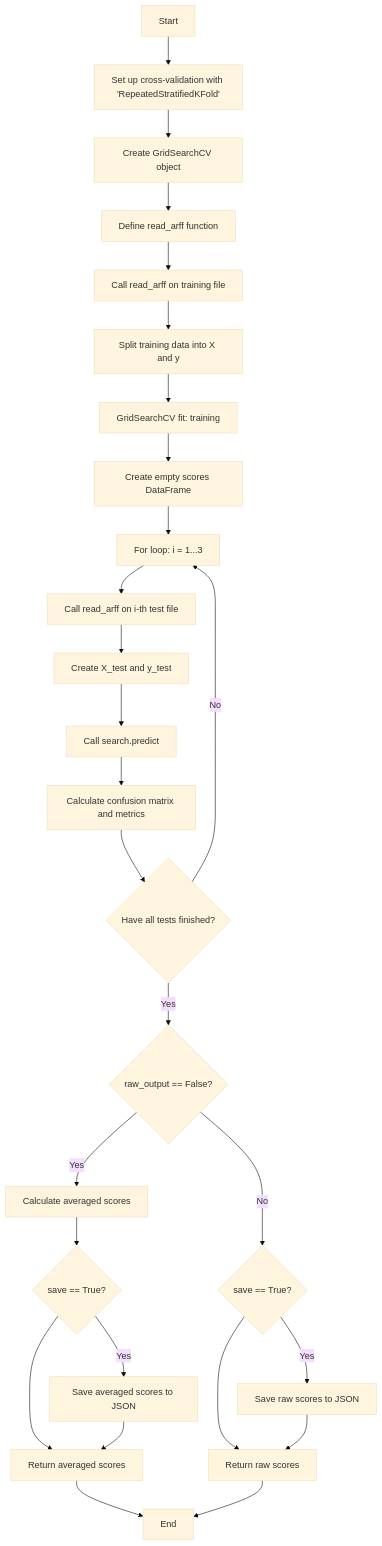
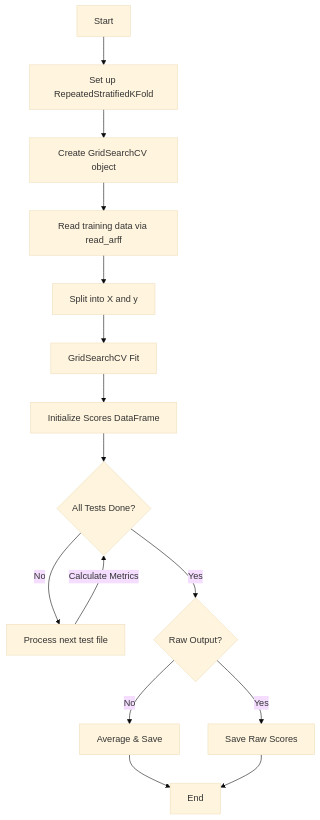
One commit to VLorant/Binary_classification changed the diagram in README.md. Above: the diagram before and after it, drawn with Mermaid (base theme). The commit also changed other lines of this file, not shown here.

````diff
--- a/README.md
+++ b/README.md
@@ -321,29 +131,17 @@
 ```mermaid
 flowchart TD
-    A[Start] --> B[Set up cross-validation with 'RepeatedStratifiedKFold'] 
+    A[Start] --> B[Set up RepeatedStratifiedKFold] 
     B --> C[Create GridSearchCV object] 
-    C --> D[Define read_arff function] 
-    D --> E[Call read_arff on training file] 
-    E --> F[Split training data into X and y] 
-    F --> G[GridSearchCV fit: training] 
-    G --> H[Create empty scores DataFrame] 
-    H --> I[For loop: i = 1...3] 
-    I --> J[Call read_arff on i-th test file] 
-    J --> K[Create X_test and y_test] 
-    K --> L[Call search.predict] 
-    L --> M[Calculate confusion matrix and metrics] 
-    M --> N{Have all tests finished?} 
-    N -- No --> I 
-    N -- Yes --> O{raw_output == False?} 
-    O -- Yes --> P[Calculate averaged scores] 
-    P --> Q{save == True?} 
-    Q -- Yes --> R[Save averaged scores to JSON] 
-    Q --> S[Return averaged scores] 
-    O -- No --> T{save == True?} 
-    T -- Yes --> U[Save raw scores to JSON] 
-    T --> V[Return raw scores] 
-    R --> S 
-    U --> V 
-    S --> W[End] 
-    V --> W
+    C --> D[Read training data via read_arff] 
+    D --> E[Split into X and y] 
+    E --> F[GridSearchCV Fit] 
+    F --> G[Initialize Scores DataFrame] 
+    G --> H{All Tests Done?}
+    H -- No --> I[Process next test file]
+    I -- Calculate Metrics --> H
+    H -- Yes --> J{Raw Output?}
+    J -- No --> K[Average & Save]
+    J -- Yes --> L[Save Raw Scores]
+    K --> M[End]
+    L --> M
 ```
````
